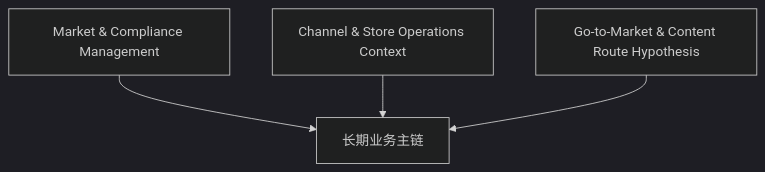
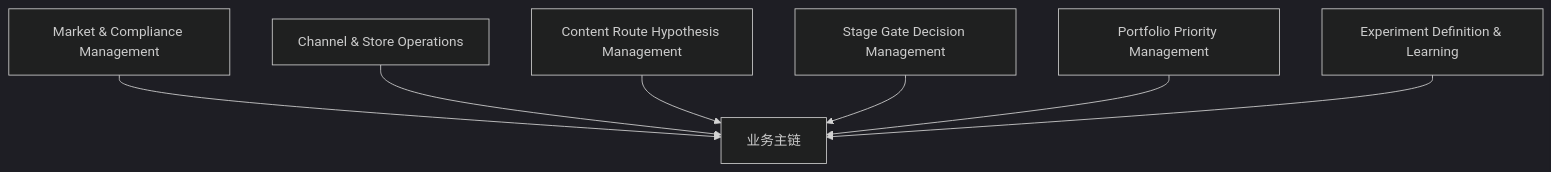
One commit to SONG-36/TK_Video_Intelligence_Workbench changed the second of 3 diagrams in 01_CAPABILITY_ROADMAP.md. Above: the diagram before and after it, drawn with Mermaid (dark theme). The commit also changed other lines of this file and 8 other files, not shown here.

````diff
--- a/01_CAPABILITY_ROADMAP.md
+++ b/01_CAPABILITY_ROADMAP.md
@@ -55,11 +54,17 @@
 ```mermaid
 flowchart TB
-    MAIN[长期业务主链]
-    M[Market & Compliance Management]
-    S[Channel & Store Operations Context]
-    R[Go-to-Market & Content Route Hypothesis]
+    MAIN[业务主链]
+    A[Market & Compliance Management]
+    B[Channel & Store Operations]
+    C[Content Route Hypothesis Management]
+    D[Stage Gate Decision Management]
+    E[Portfolio Priority Management]
+    F[Experiment Definition & Learning]
 
-    M --> MAIN
-    S --> MAIN
-    R --> MAIN
+    A --> MAIN
+    B --> MAIN
+    C --> MAIN
+    D --> MAIN
+    E --> MAIN
+    F --> MAIN
 ```
````
